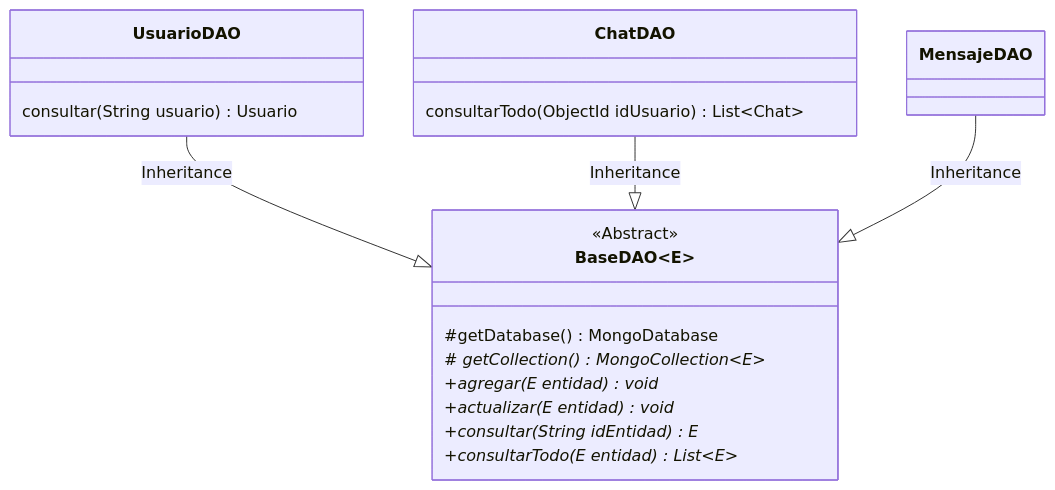
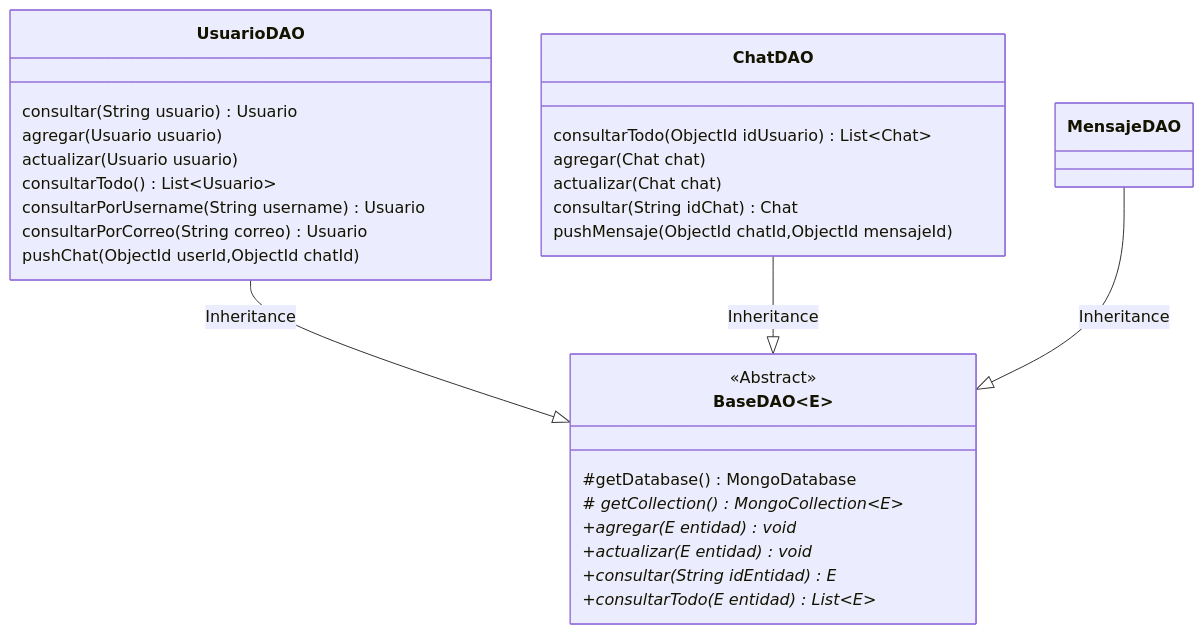
The diagram in 02_Design/DiagramasClases/dao.md (SilverFlin/Juatsap), drawn with Mermaid before and after one commit.

````diff
--- a/02_Design/DiagramasClases/dao.md
+++ b/02_Design/DiagramasClases/dao.md
@@ -3,27 +3,37 @@
 ```mermaid
 classDiagram
 
 UsuarioDAO --|> BaseDAO~E~ : Inheritance
 ChatDAO --|> BaseDAO~E~ : Inheritance
 MensajeDAO --|> BaseDAO~E~ : Inheritance
 
 
 class BaseDAO~E~{
     <<Abstract>>
     #getDatabase() MongoDatabase
     # getCollection()* MongoCollection~E~  
     +agregar(E entidad)* void
     +actualizar(E entidad)* void
     +consultar(String idEntidad)* E
     +consultarTodo(E entidad)* List~E~
 }
 
 class UsuarioDAO{
     consultar(String usuario) Usuario
+    agregar(Usuario usuario)
+    actualizar(Usuario usuario)
+    consultarTodo() List~Usuario~
+    consultarPorUsername(String username) Usuario
+    consultarPorCorreo(String correo) Usuario
+    pushChat(ObjectId userId,ObjectId chatId)
 }
 
 class ChatDAO{
     consultarTodo(ObjectId idUsuario) List~Chat~
+    agregar(Chat chat)
+    actualizar(Chat chat)
+    consultar(String idChat) Chat
+    pushMensaje(ObjectId chatId,ObjectId mensajeId)
 }
 
 ```
````
